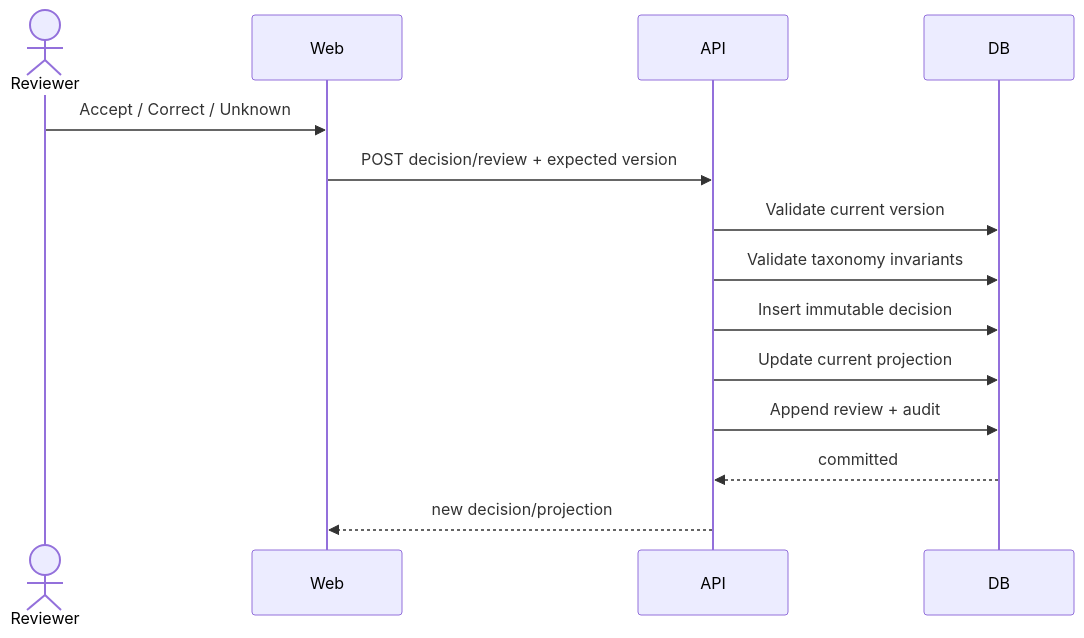
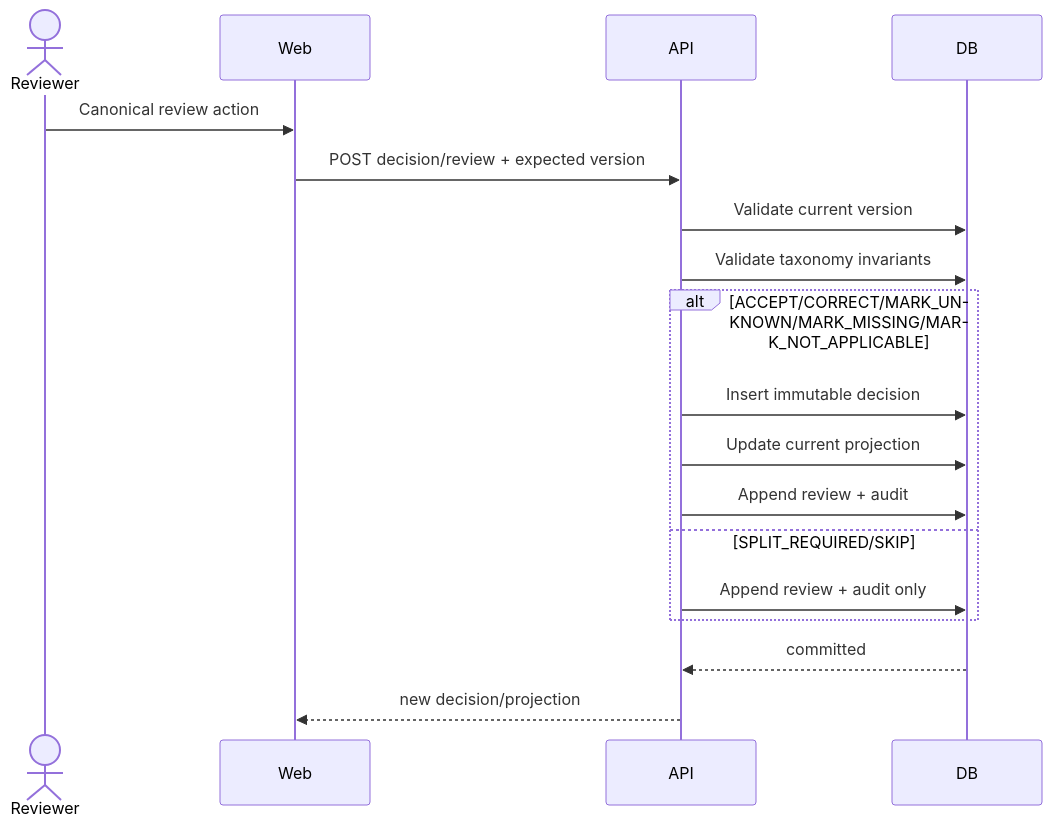
Before and after one commit to thang1908/analyst-data-workspace: the fifth of 6 diagrams in docs/System_Design.md, drawn with Mermaid. The commit also changed other lines of this file and 6 other files, not shown here.

````diff
--- a/docs/System_Design.md
+++ b/docs/System_Design.md
@@ -681,17 +695,21 @@
 ```mermaid
 sequenceDiagram
     actor Reviewer
     participant Web
     participant API
     participant DB
 
-    Reviewer->>Web: Accept / Correct / Unknown
+    Reviewer->>Web: Canonical review action
     Web->>API: POST decision/review + expected version
     API->>DB: Validate current version
     API->>DB: Validate taxonomy invariants
-    API->>DB: Insert immutable decision
-    API->>DB: Update current projection
-    API->>DB: Append review + audit
+    alt ACCEPT/CORRECT/MARK_UNKNOWN/MARK_MISSING/MARK_NOT_APPLICABLE
+        API->>DB: Insert immutable decision
+        API->>DB: Update current projection
+        API->>DB: Append review + audit
+    else SPLIT_REQUIRED/SKIP
+        API->>DB: Append review + audit only
+    end
     DB-->>API: committed
     API-->>Web: new decision/projection
 ```
````
